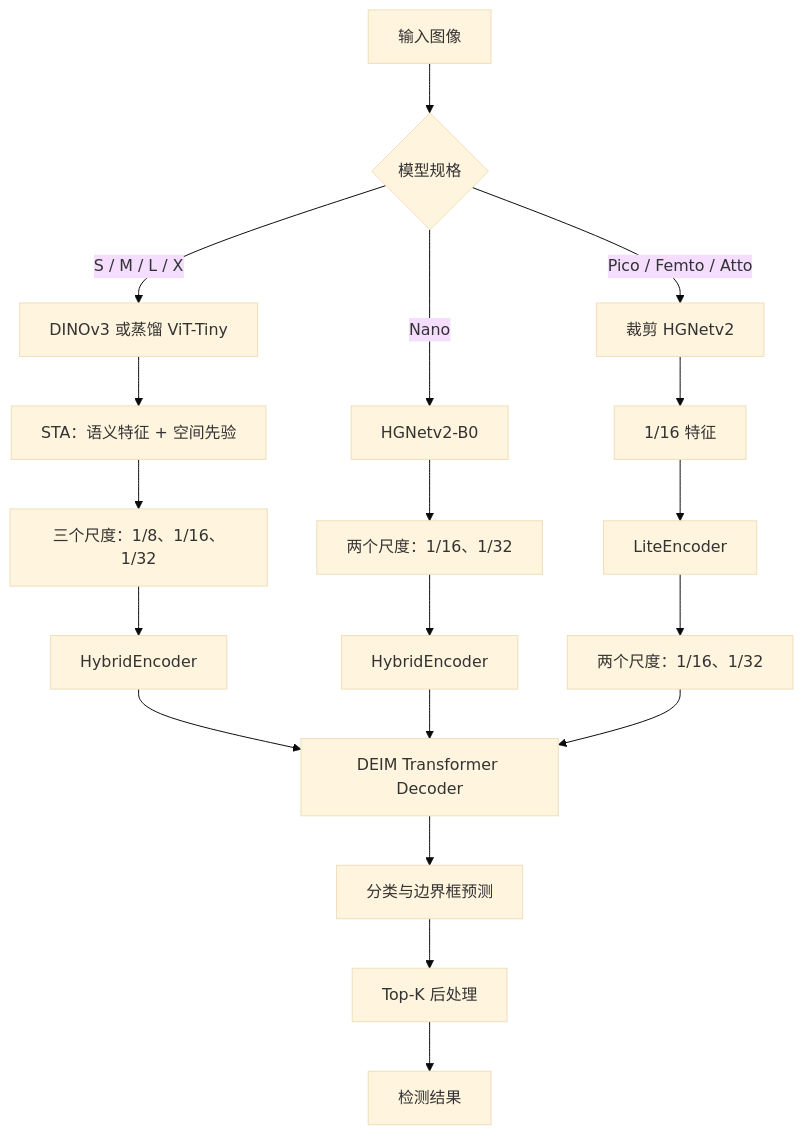
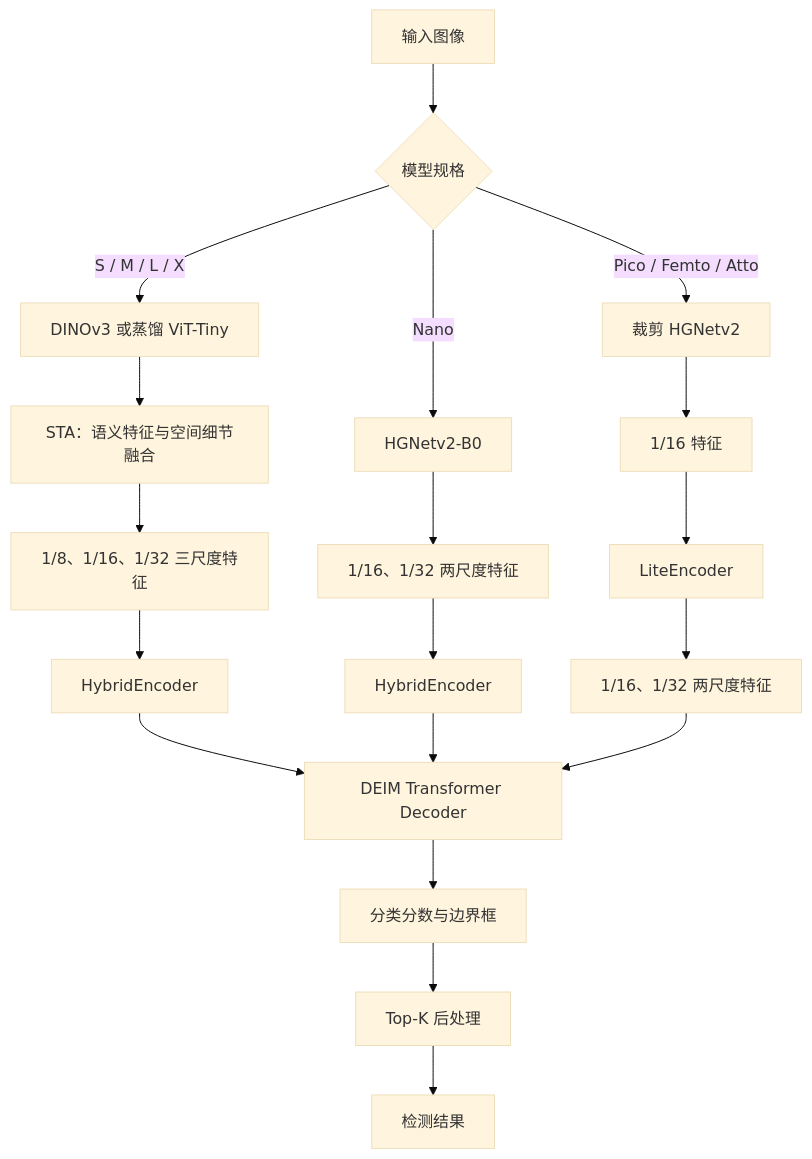
One commit to zhanghuiwan/knowledge-base changed the first of 6 diagrams in website/articles/deimv2/index.md. Above: the diagram before and after it, drawn with Mermaid (base theme). The commit also changed other lines of this file, not shown here.

```diff
--- a/website/articles/deimv2/index.md
+++ b/website/articles/deimv2/index.md
@@ -100,21 +98,21 @@
 ~~~mermaid
 flowchart TD
     A["输入图像"] --> B{"模型规格"}
     B -->|"S / M / L / X"| C["DINOv3 或蒸馏 ViT-Tiny"]
-    C --> D["STA：语义特征 + 空间先验"]
-    D --> E["三个尺度：1/8、1/16、1/32"]
+    C --> D["STA：语义特征与空间细节融合"]
+    D --> E["1/8、1/16、1/32 三尺度特征"]
     E --> F["HybridEncoder"]
     B -->|"Nano"| G["HGNetv2-B0"]
-    G --> H["两个尺度：1/16、1/32"]
+    G --> H["1/16、1/32 两尺度特征"]
     H --> I["HybridEncoder"]
     B -->|"Pico / Femto / Atto"| J["裁剪 HGNetv2"]
     J --> K["1/16 特征"]
     K --> L["LiteEncoder"]
-    L --> M["两个尺度：1/16、1/32"]
+    L --> M["1/16、1/32 两尺度特征"]
     F --> N["DEIM Transformer Decoder"]
     I --> N
     M --> N
-    N --> O["分类与边界框预测"]
+    N --> O["分类分数与边界框"]
     O --> P["Top-K 后处理"]
     P --> Q["检测结果"]
 ~~~
```
